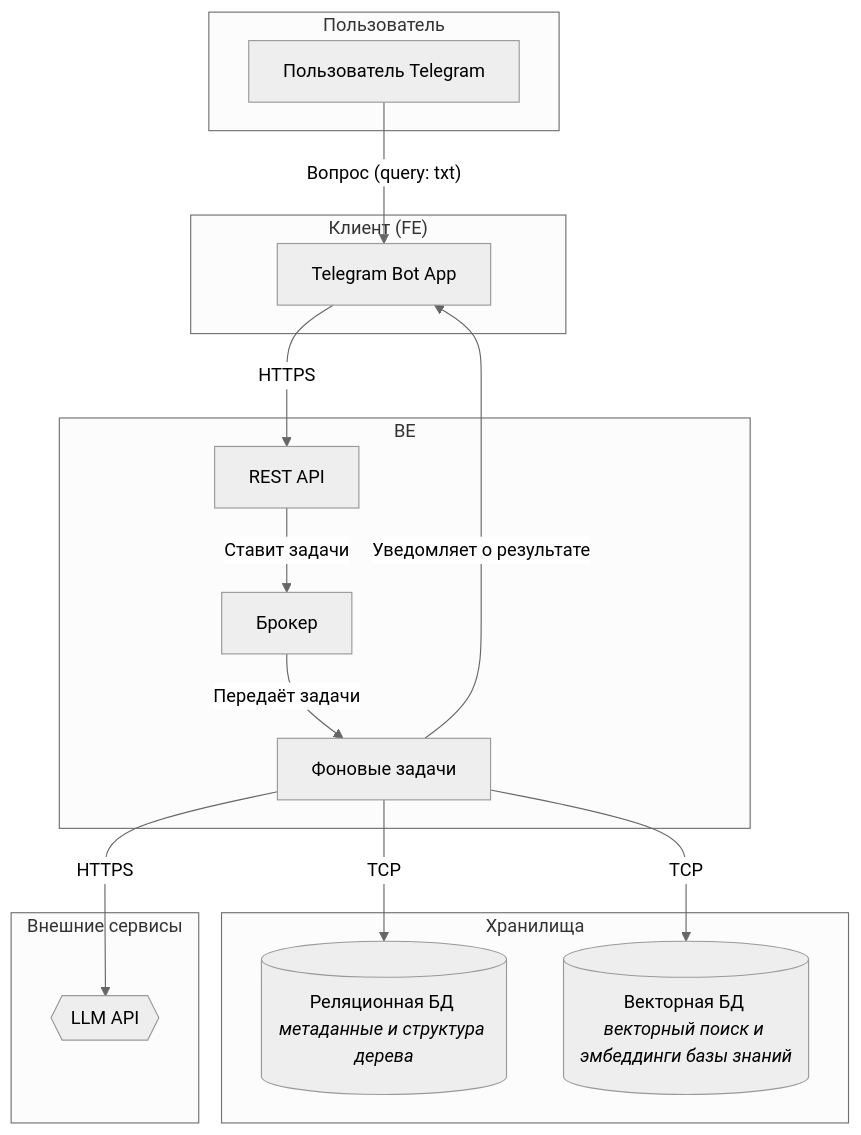
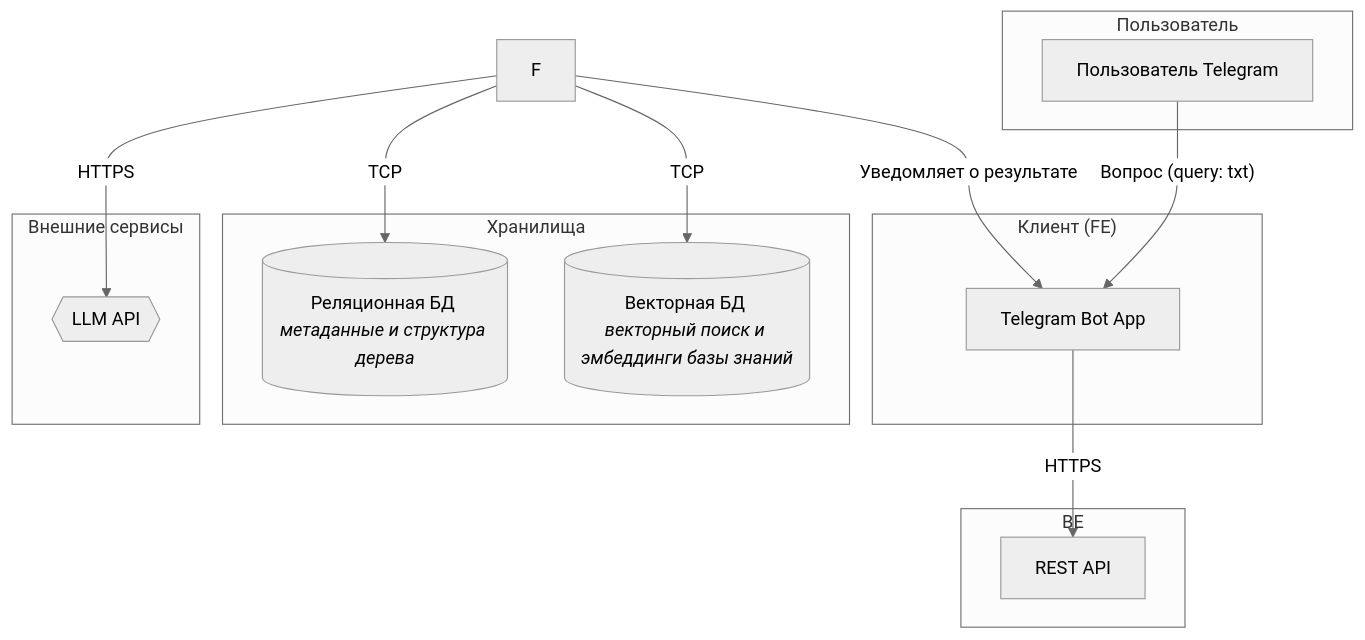
One commit to patolog123/Analyst-3.0 changed the diagram in Анастасия_Друзьянова/architect.MD. Above: the diagram before and after it, drawn with Mermaid (neutral theme).

````diff
--- a/Анастасия_Друзьянова/architect.MD
+++ b/Анастасия_Друзьянова/architect.MD
@@ -1,35 +1,31 @@
 ```mermaid
 graph TD
     subgraph "Пользователь"
         A[Пользователь Telegram]
     end
 
     subgraph "Клиент (FE)"
         B[Telegram Bot App]
     end
 
     subgraph "BE"
         C[REST API]
-        J[Брокер]
-        F[Фоновые задачи]
     end
 
     subgraph "Хранилища"
         G[(Реляционная БД <br><i>метаданные и структура дерева</i>)]
         I[(Векторная БД <br><i>векторный поиск и эмбеддинги базы знаний</i>)]
     end
 
     subgraph "Внешние сервисы"
         H{{LLM API}}
     end
 
     %% Связи между компонентами
     A -- Вопрос (query: txt) --> B
     B -- HTTPS --> C
-    C -- Ставит задачи --> J
-    J -- Передаёт задачи --> F
     F -- HTTPS --> H
     F -- TCP --> G
     F -- TCP --> I
     F -- Уведомляет о результате --> B
 ```
````
